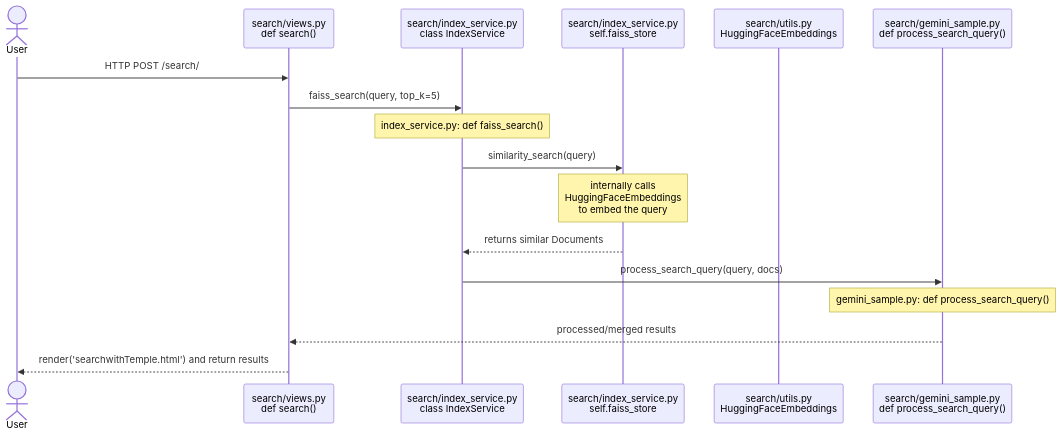
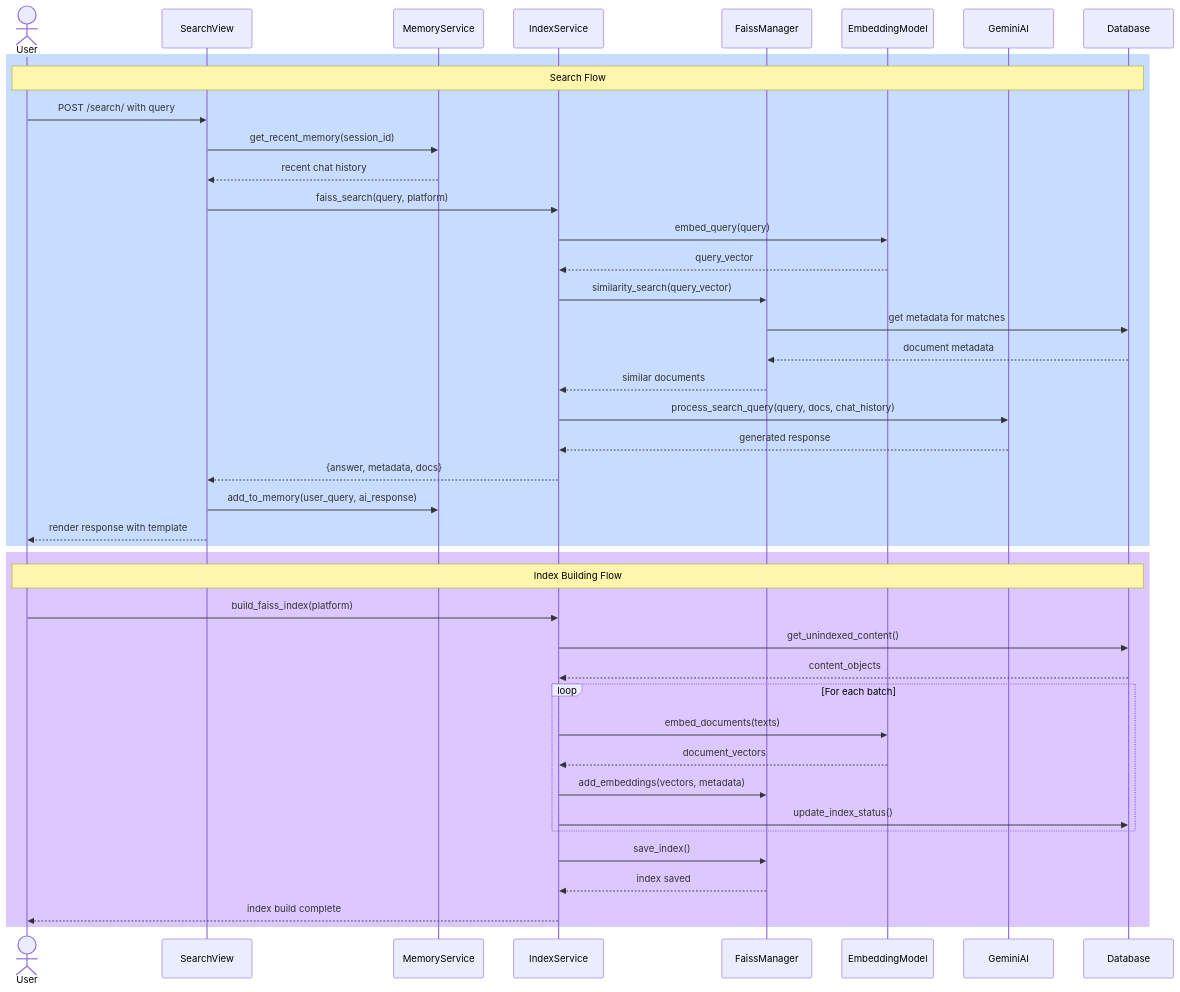
The diagram in Project/README.md (yilil/RAG-Based-User-Content-Summariser), drawn with Mermaid before and after one commit. The commit also changed other lines of this file and 9 other files, not shown here.

````diff
--- a/Project/README.md
+++ b/Project/README.md
@@ -103,21 +102,55 @@
 ```mermaid
 sequenceDiagram
+    %% 主要角色定义
     actor User
-    participant Views as search/views.py<br>def search()
-    participant IS as search/index_service.py<br>class IndexService
-    participant FAISS as search/index_service.py<br>self.faiss_store
-    participant BGE as search/utils.py<br>HuggingFaceEmbeddings
-    participant GS as search/gemini_sample.py<br>def process_search_query()
+    participant Views as SearchView
+    participant Memory as MemoryService
+    participant Index as IndexService
+    participant FAISS as FaissManager
+    participant Embed as EmbeddingModel
+    participant LLM as GeminiAI
+    participant DB as Database
 
-    User->>Views: HTTP POST /search/
-    Views->>IS: faiss_search(query, top_k=5)
-    Note over IS: index_service.py: def faiss_search()
-    IS->>FAISS: similarity_search(query)
-    Note over FAISS: internally calls<br>HuggingFaceEmbeddings<br>to embed the query
-    FAISS-->>IS: returns similar Documents
-    IS->>GS: process_search_query(query, docs)
-    Note over GS: gemini_sample.py: def process_search_query()
-    GS-->>Views: processed/merged results
-    Views-->>User: render('searchwithTemple.html') and return results
+    %% 搜索流程
+    rect rgb(200, 220, 255)
+        Note over User,DB: Search Flow
+        User->>Views: POST /search/ with query
+        Views->>Memory: get_recent_memory(session_id)
+        Memory-->>Views: recent chat history
+        
+        Views->>Index: faiss_search(query, platform)
+        Index->>Embed: embed_query(query)
+        Embed-->>Index: query_vector
+        
+        Index->>FAISS: similarity_search(query_vector)
+        FAISS->>DB: get metadata for matches
+        DB-->>FAISS: document metadata
+        FAISS-->>Index: similar documents
+        
+        Index->>LLM: process_search_query(query, docs, chat_history)
+        LLM-->>Index: generated response
+        
+        Index-->>Views: {answer, metadata, docs}
+        Views->>Memory: add_to_memory(user_query, ai_response)
+        Views-->>User: render response with template
+    end
 
+    %% 索引构建流程
+    rect rgb(220, 200, 255)
+        Note over User,DB: Index Building Flow
+        User->>Index: build_faiss_index(platform)
+        Index->>DB: get_unindexed_content()
+        DB-->>Index: content_objects
+        
+        loop For each batch
+            Index->>Embed: embed_documents(texts)
+            Embed-->>Index: document_vectors
+            Index->>FAISS: add_embeddings(vectors, metadata)
+            Index->>DB: update_index_status()
+        end
+        
+        Index->>FAISS: save_index()
+        FAISS-->>Index: index saved
+        Index-->>User: index build complete
+    end
 ```
````
